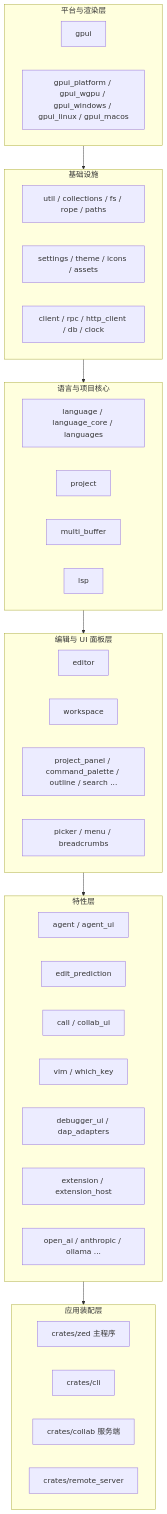
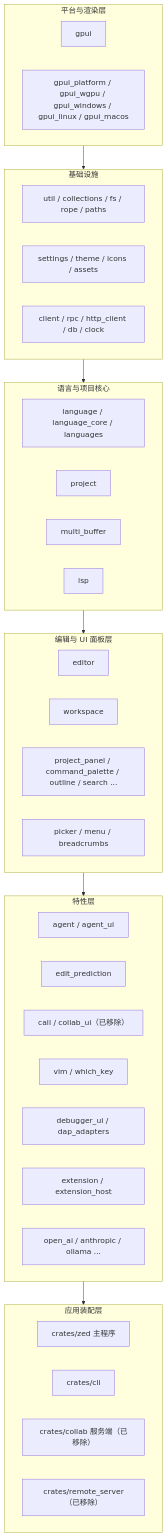
One commit to rzhangjing/zed changed the diagram in wiki/Architecture.md. Above: the diagram before and after it, drawn with Mermaid. The commit also changed other lines of this file and 50 other files, not shown here.

````diff
--- a/wiki/Architecture.md
+++ b/wiki/Architecture.md
@@ -7,41 +7,41 @@
 ```mermaid
 graph TB
     subgraph L6[应用装配层]
         ZED[crates/zed 主程序]
         CLI[crates/cli]
-        COLLAB[crates/collab 服务端]
-        RS[crates/remote_server]
+        COLLAB["crates/collab 服务端（已移除）"]
+        RS["crates/remote_server（已移除）"]
     end
     subgraph L5[特性层]
         AGENT[agent / agent_ui]
         PRED[edit_prediction]
-        CALL[call / collab_ui]
+        CALL["call / collab_ui（已移除）"]
         VIM[vim / which_key]
         DBG[debugger_ui / dap_adapters]
         EXT[extension / extension_host]
         PROV[open_ai / anthropic / ollama ...]
     end
     subgraph L4[编辑与 UI 面板层]
         EDITOR[editor]
         WS[workspace]
         PANELS[project_panel / command_palette / outline / search ...]
         PICKER[picker / menu / breadcrumbs]
     end
     subgraph L3[语言与项目核心]
         LANG[language / language_core / languages]
         PROJ[project]
         MB[multi_buffer]
         LSP[lsp]
     end
     subgraph L2[基础设施]
         UTIL[util / collections / fs / rope / paths]
         SET[settings / theme / icons / assets]
         NET[client / rpc / http_client / db / clock]
     end
     subgraph L1[平台与渲染层]
         GPUI[gpui]
         PLAT[gpui_platform / gpui_wgpu / gpui_windows / gpui_linux / gpui_macos]
     end
 
     L1 --> L2 --> L3 --> L4 --> L5 --> L6
 ```
````
